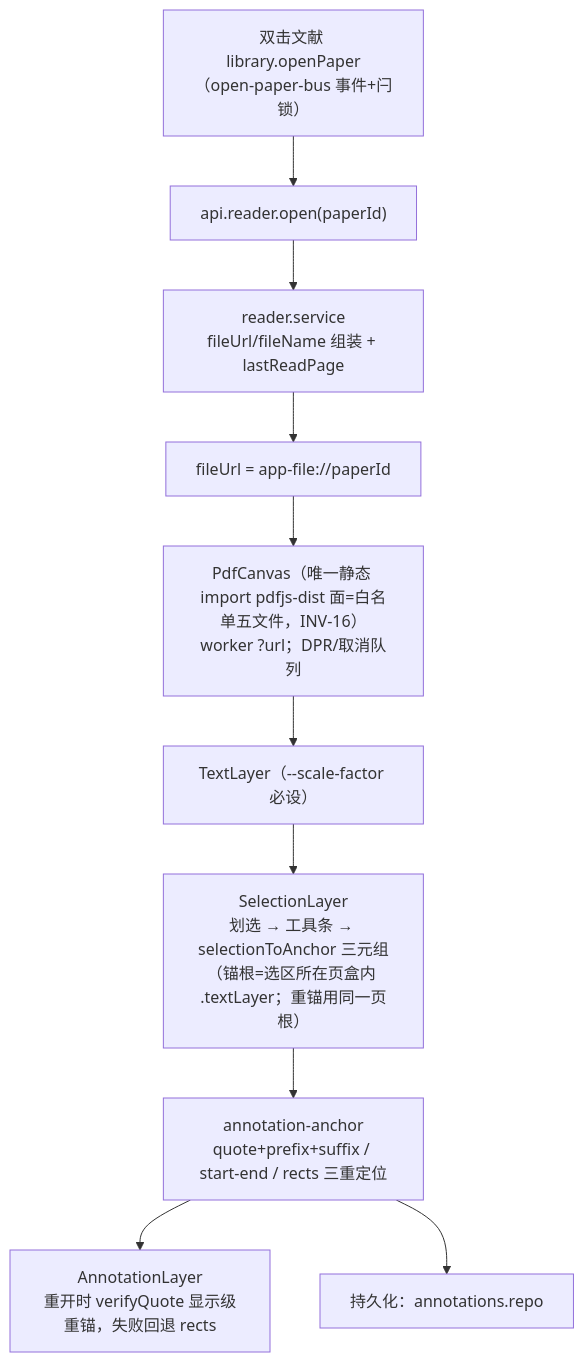
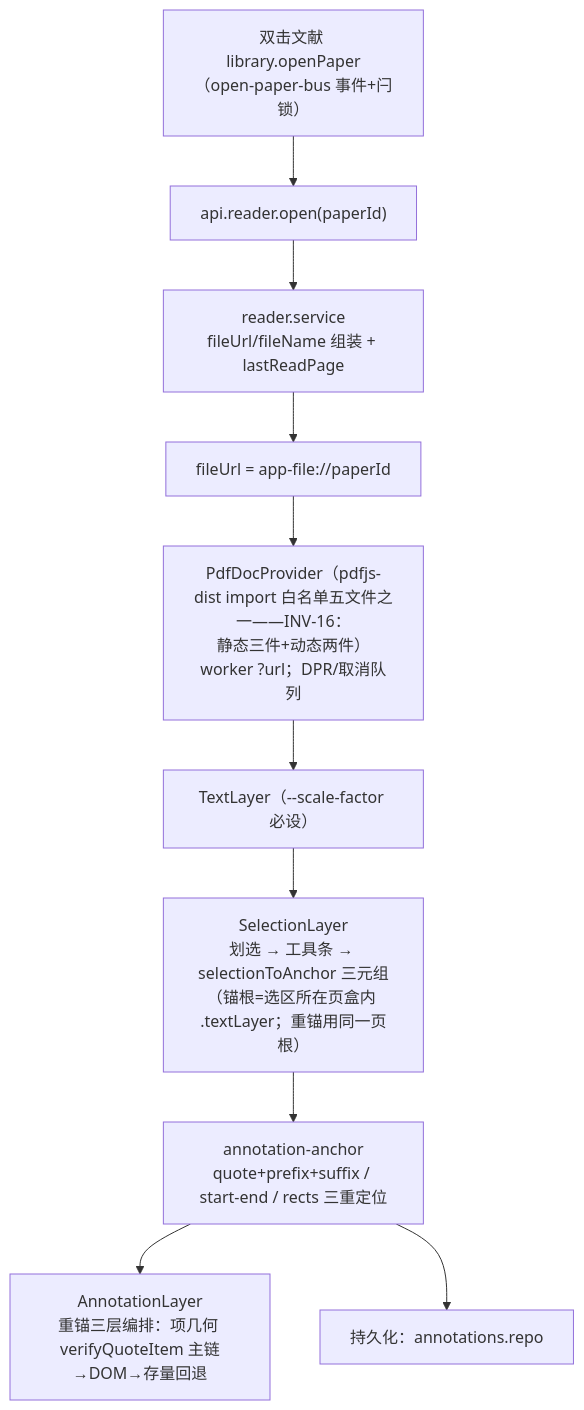
One commit to yyx20040712/Synapse changed the fourth of 6 diagrams in docs/architecture.md. Above: the diagram before and after it, drawn with Mermaid. The commit also changed other lines of this file and 8 other files, not shown here.

````diff
--- a/docs/architecture.md
+++ b/docs/architecture.md
@@ -184,12 +184,12 @@
 ```mermaid
 flowchart TB
   A["双击文献 library.openPaper<br/>（open-paper-bus 事件+闩锁）"] --> B["api.reader.open(paperId)"]
   B --> C["reader.service<br/>fileUrl/fileName 组装 + lastReadPage"]
   C --> D["fileUrl = app-file://paperId"]
-  D --> E["PdfCanvas（唯一静态 import pdfjs-dist 面=白名单五文件，INV-16）<br/>worker ?url；DPR/取消队列"]
+  D --> E["PdfDocProvider（pdfjs-dist import 白名单五文件之一——INV-16：<br/>静态三件+动态两件）worker ?url；DPR/取消队列"]
   E --> F["TextLayer（--scale-factor 必设）"]
   F --> G["SelectionLayer<br/>划选 → 工具条 → selectionToAnchor 三元组<br/>（锚根=选区所在页盒内 .textLayer；重锚用同一页根）"]
   G --> H["annotation-anchor<br/>quote+prefix+suffix / start-end / rects 三重定位"]
-  H --> I["AnnotationLayer<br/>重开时 verifyQuote 显示级重锚，失败回退 rects"]
+  H --> I["AnnotationLayer<br/>重锚三层编排：项几何 verifyQuoteItem 主链→DOM→存量回退"]
   H --> J["持久化：annotations.repo"]
 ```
````
